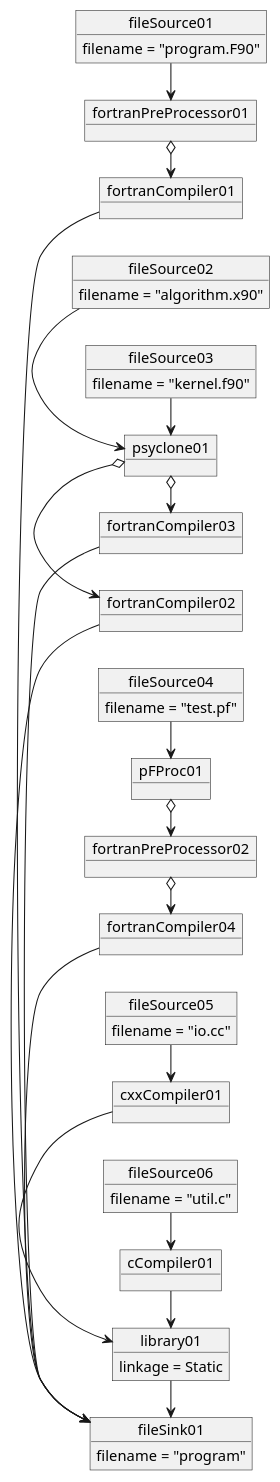
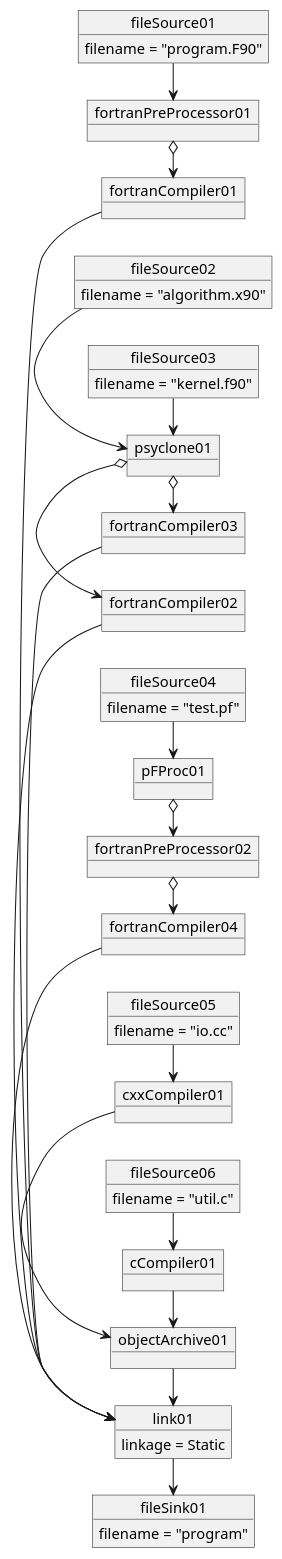
One commit to MetOffice/fab changed the diagram in Documentation/Design/GraphObject.puml. Above: the diagram before and after it, drawn with PlantUML.

Commit message:
Realised I had missed the link stage out of the object diagram.

```diff
--- a/Documentation/Design/GraphObject.puml
+++ b/Documentation/Design/GraphObject.puml
@@ -1,99 +1,105 @@
 @startuml
 
 left to right direction
 
 '''''''''''''''''''''''''''''''''''''''''''''''''''''''''''''''''''''''''''''''
 
 object fileSource01 {
   filename = "program.F90"
 }
 
 object fortranPreProcessor01 {
 }
 fileSource01 -> fortranPreProcessor01
 
 object fortranCompiler01 {
 }
 fortranPreProcessor01 o-> fortranCompiler01
 
 '''''''''''''''''''''''''''''''''''''''''''''''''''''''''''''''''''''''''''''''
 
 object fileSource02 {
   filename = "algorithm.x90"
 }
 
 object fileSource03 {
   filename = "kernel.f90"
 }
 
 object psyclone01 {
 }
 fileSource02 -> psyclone01
 fileSource03 -> psyclone01
 
 object fortranCompiler02 {
 }
 psyclone01 o-> fortranCompiler02
 
 object fortranCompiler03 {
 }
 psyclone01 o-> fortranCompiler03
 
 '''''''''''''''''''''''''''''''''''''''''''''''''''''''''''''''''''''''''''''''
 
 object fileSource04 {
   filename = "test.pf"
 }
 
 object pFProc01 {
 }
 fileSource04 -> pFProc01
 
 object fortranPreProcessor02 {
 }
 pFProc01 o-> fortranPreProcessor02
 
 object fortranCompiler04 {
 }
 fortranPreProcessor02 o-> fortranCompiler04
 
 '''''''''''''''''''''''''''''''''''''''''''''''''''''''''''''''''''''''''''''''
 
 object fileSource05 {
   filename = "io.cc"
 }
 
 object cxxCompiler01 {
 }
 fileSource05 -> cxxCompiler01
 
 '''''''''''''''''''''''''''''''''''''''''''''''''''''''''''''''''''''''''''''''
 
 object fileSource06 {
   filename = "util.c"
 }
 
 object cCompiler01 {
 }
 fileSource06 -> cCompiler01
 
 '''''''''''''''''''''''''''''''''''''''''''''''''''''''''''''''''''''''''''''''
 
-object library01 {
+object objectArchive01 {
+}
+cxxCompiler01 -> objectArchive01
+cCompiler01 -> objectArchive01
+
+'''''''''''''''''''''''''''''''''''''''''''''''''''''''''''''''''''''''''''''''
+
+object link01 {
   linkage = Static
 }
-cxxCompiler01 -> library01
-cCompiler01 -> library01
+fortranCompiler01 -> link01
+fortranCompiler02 -> link01
+fortranCompiler03 -> link01
+fortranCompiler04 -> link01
+objectArchive01   -> link01
 
 '''''''''''''''''''''''''''''''''''''''''''''''''''''''''''''''''''''''''''''''
 
 object fileSink01 {
   filename = "program"
 }
-fortranCompiler01 -> fileSink01
-fortranCompiler02 -> fileSink01
-fortranCompiler03 -> fileSink01
-fortranCompiler04 -> fileSink01
-library01         -> fileSink01
+link01 -> fileSink01
 
 @end uml
```
